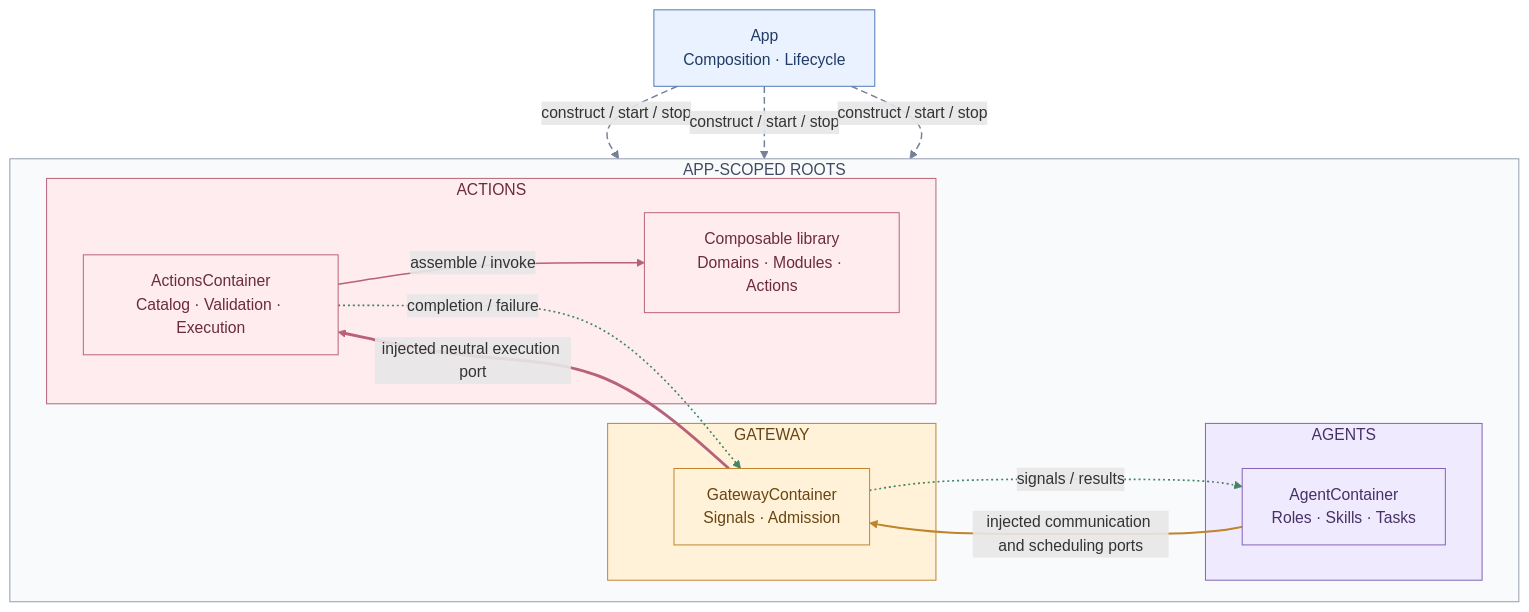
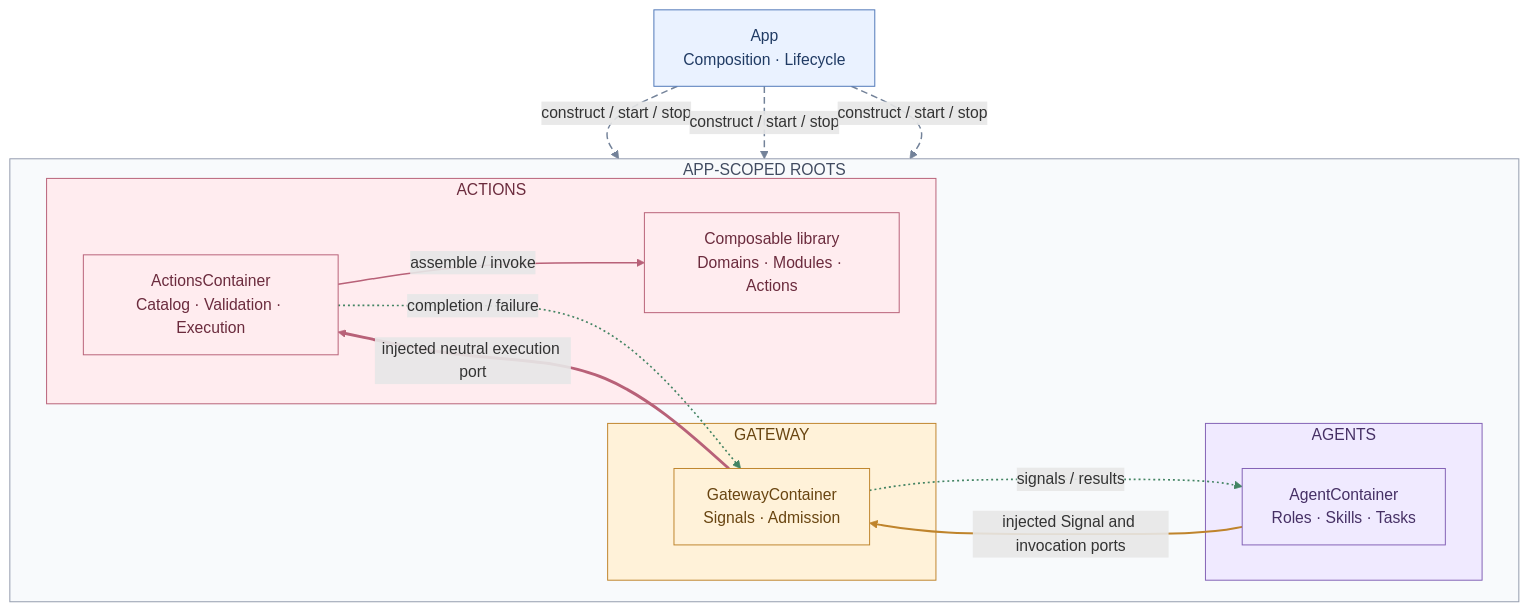
One commit to devilyouwei/MobileHarness changed the third of 27 diagrams in MobileHarness/README.md. Above: the diagram before and after it, drawn with Mermaid. The commit also changed other lines of this file and 4 other files, not shown here.

First line of the commit message:
docs: align READMEs and diagrams with Gateway/Actions separation

````diff
--- a/MobileHarness/README.md
+++ b/MobileHarness/README.md
@@ -237,45 +237,45 @@
 ```mermaid
 flowchart TB
     APP["App<br/>Composition · Lifecycle"]
 
     subgraph ROOTS["APP-SCOPED ROOTS"]
         direction LR
         subgraph COG["AGENTS"]
             A["AgentContainer<br/>Roles · Skills · Tasks"]
         end
         subgraph COORD["GATEWAY"]
             G["GatewayContainer<br/>Signals · Admission"]
         end
         subgraph EXEC["ACTIONS"]
             X["ActionsContainer<br/>Catalog · Validation · Execution"]
             LIB["Composable library<br/>Domains · Modules · Actions"]
             X -->|assemble / invoke| LIB
         end
     end
 
     APP -.->|construct / start / stop| A
     APP -.->|construct / start / stop| G
     APP -.->|construct / start / stop| X
-    A -->|injected communication and scheduling ports| G
+    A -->|injected Signal and invocation ports| G
     G ==>|injected neutral execution port| X
     X -.->|completion / failure| G
     G -.->|signals / results| A
 
     classDef app fill:#eaf2ff,stroke:#5078b8,color:#203b64
     classDef agent fill:#f0eaff,stroke:#8261b5,color:#463065
     classDef gateway fill:#fff2d9,stroke:#bf842c,color:#694511
     classDef actions fill:#ffecef,stroke:#b86178,color:#6b2b3d
     class APP app
     class A agent
     class G gateway
     class X,LIB actions
     linkStyle 0 stroke:#b86178,stroke-width:1.5px
     linkStyle 1,2,3 stroke:#738299,stroke-width:1.5px,stroke-dasharray:7 4
     linkStyle 4 stroke:#bf842c,stroke-width:2px
     linkStyle 5 stroke:#b86178,stroke-width:3px
     linkStyle 6,7 stroke:#438463,stroke-width:1.7px,stroke-dasharray:2 3
     style ROOTS fill:#f8fafc,stroke:#939bad,color:#414b60
     style COG fill:#f0eaff,stroke:#8261b5,color:#463065
     style COORD fill:#fff2d9,stroke:#bf842c,color:#694511
     style EXEC fill:#ffecef,stroke:#b86178,color:#6b2b3d
 ```
````
